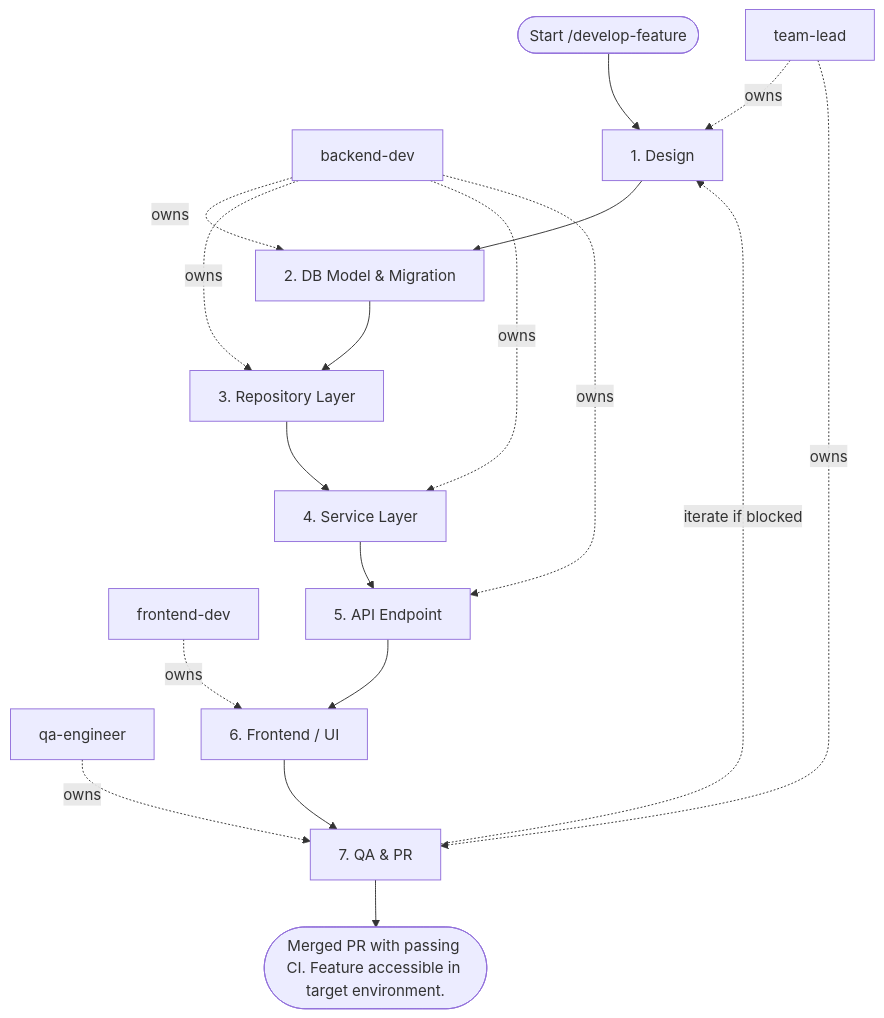
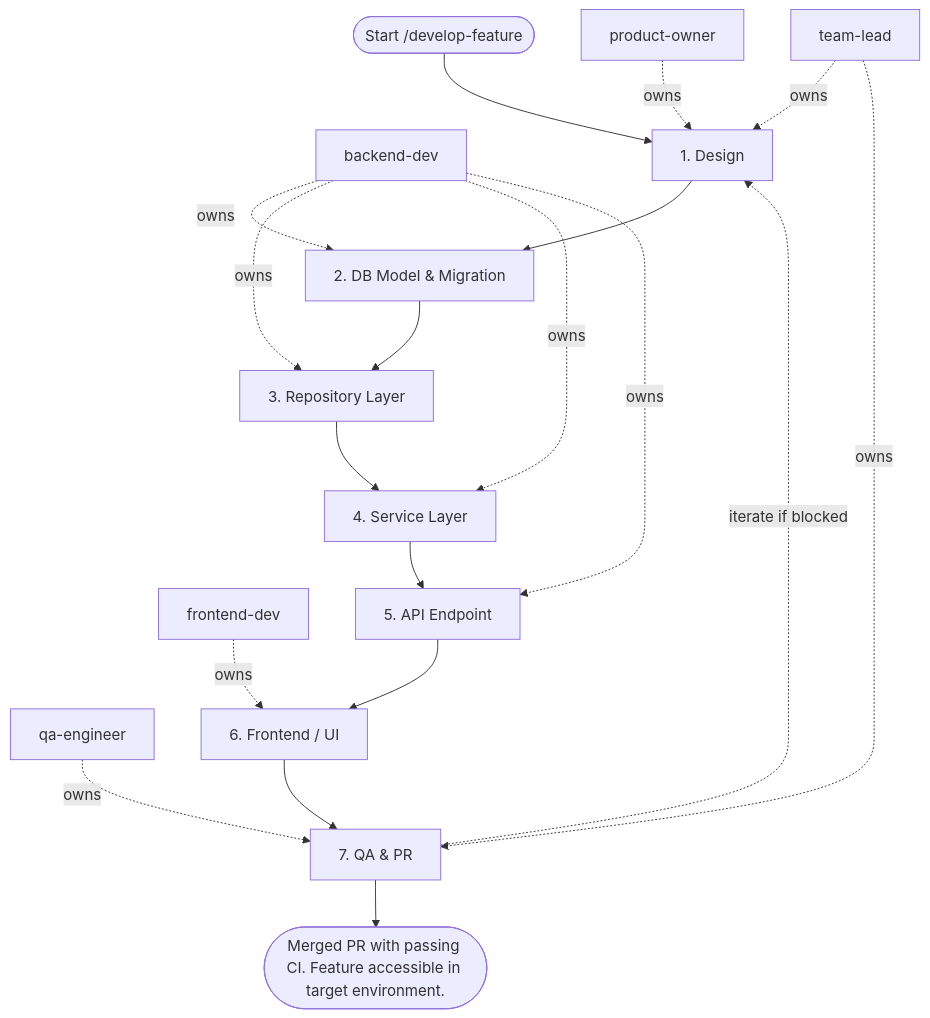
Before and after one commit to sawrus/agent-guides: the diagram in areas/software/full-stack/workflows/develop-feature.md, drawn with Mermaid. The commit also changed other lines of this file and 76 other files, not shown here.

Commit message:
Standardize workflow product owner initiation

````diff
--- a/areas/software/full-stack/workflows/develop-feature.md
+++ b/areas/software/full-stack/workflows/develop-feature.md
@@ -84,33 +84,35 @@
 ```mermaid
 flowchart TD
   start(["Start /develop-feature"])
-  role_1["team-lead"]
-  role_2["backend-dev"]
-  role_3["frontend-dev"]
-  role_4["qa-engineer"]
+  role_1["product-owner"]
+  role_2["team-lead"]
+  role_3["backend-dev"]
+  role_4["frontend-dev"]
+  role_5["qa-engineer"]
   step_1["1. Design"]
   step_2["2. DB Model & Migration"]
   step_3["3. Repository Layer"]
   step_4["4. Service Layer"]
   step_5["5. API Endpoint"]
   step_6["6. Frontend / UI"]
   step_7["7. QA & PR"]
   exit(["Merged PR with passing CI. Feature accessible in target environment."])
   start --> step_1
   step_1 --> step_2
   step_2 --> step_3
   step_3 --> step_4
   step_4 --> step_5
   step_5 --> step_6
   step_6 --> step_7
   step_7 --> exit
   role_1 -. owns .-> step_1
-  role_2 -. owns .-> step_2
-  role_2 -. owns .-> step_3
-  role_2 -. owns .-> step_4
-  role_2 -. owns .-> step_5
-  role_3 -. owns .-> step_6
-  role_4 -. owns .-> step_7
-  role_1 -. owns .-> step_7
+  role_2 -. owns .-> step_1
+  role_3 -. owns .-> step_2
+  role_3 -. owns .-> step_3
+  role_3 -. owns .-> step_4
+  role_3 -. owns .-> step_5
+  role_4 -. owns .-> step_6
+  role_5 -. owns .-> step_7
+  role_2 -. owns .-> step_7
   step_7 -. iterate if blocked .-> step_1
 ```
````
